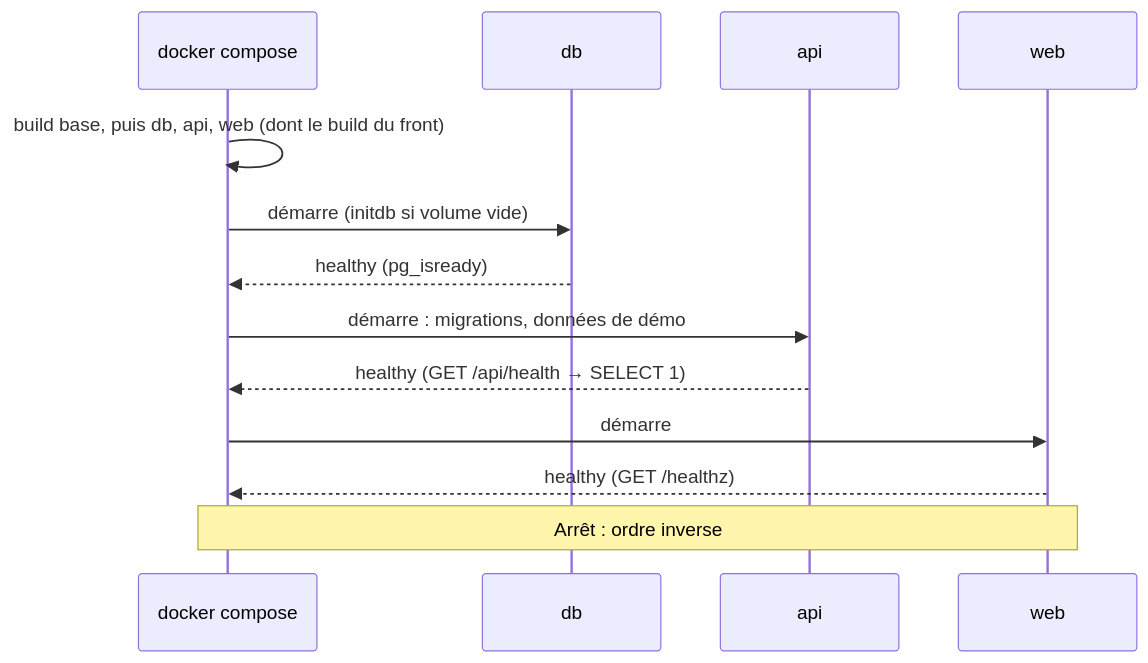
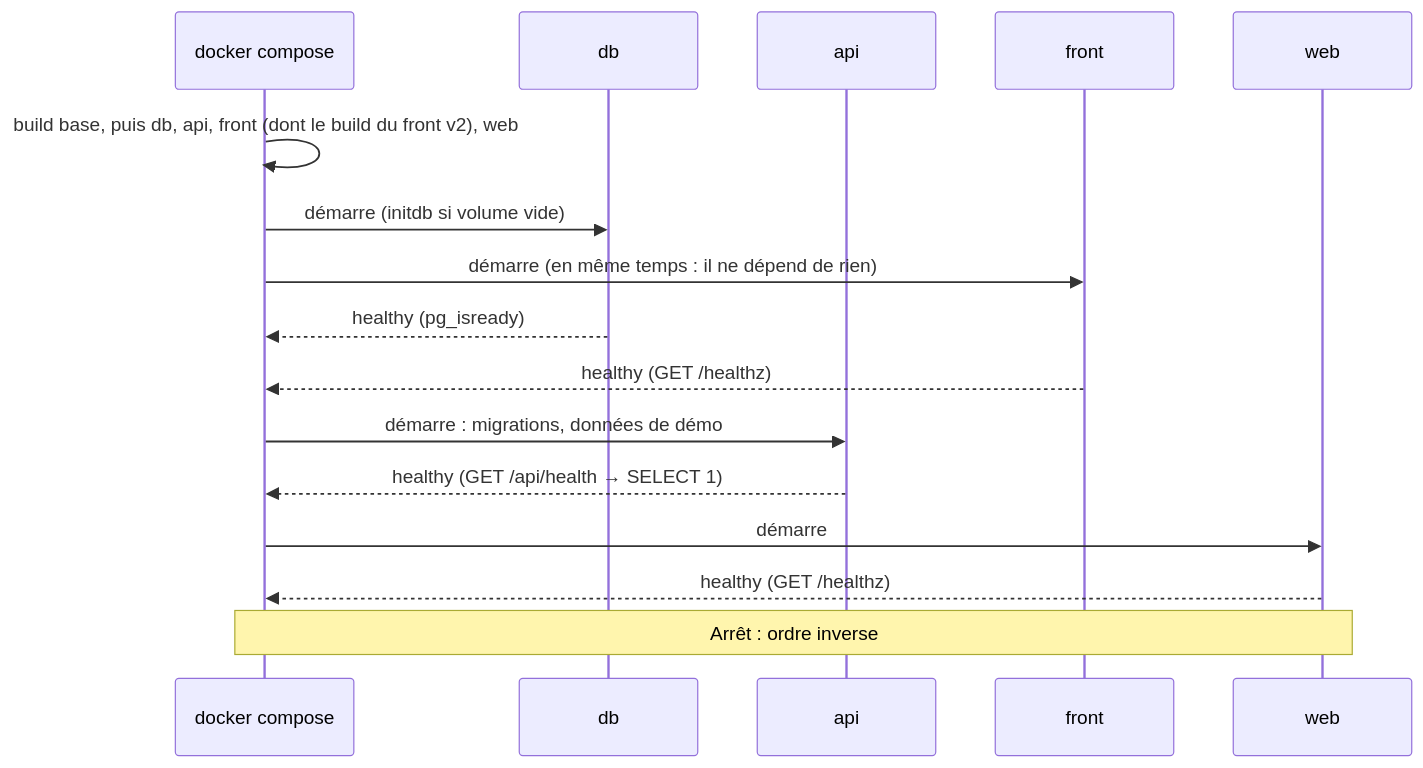
One commit to zharrow/Luniqo changed the third of 4 diagrams in docker/README.md. Above: the diagram before and after it, drawn with Mermaid. The commit also changed other lines of this file and 14 other files, not shown here.

````diff
--- a/docker/README.md
+++ b/docker/README.md
@@ -342,15 +362,18 @@
 ```mermaid
 sequenceDiagram
     participant C as docker compose
     participant D as db
     participant A as api
+    participant F as front
     participant W as web
-    C->>C: build base, puis db, api, web (dont le build du front)
+    C->>C: build base, puis db, api, front (dont le build du front v2), web
     C->>D: démarre (initdb si volume vide)
+    C->>F: démarre (en même temps : il ne dépend de rien)
     D-->>C: healthy (pg_isready)
+    F-->>C: healthy (GET /healthz)
     C->>A: démarre : migrations, données de démo
     A-->>C: healthy (GET /api/health → SELECT 1)
     C->>W: démarre
     W-->>C: healthy (GET /healthz)
     Note over C,W: Arrêt : ordre inverse
 ```
````
